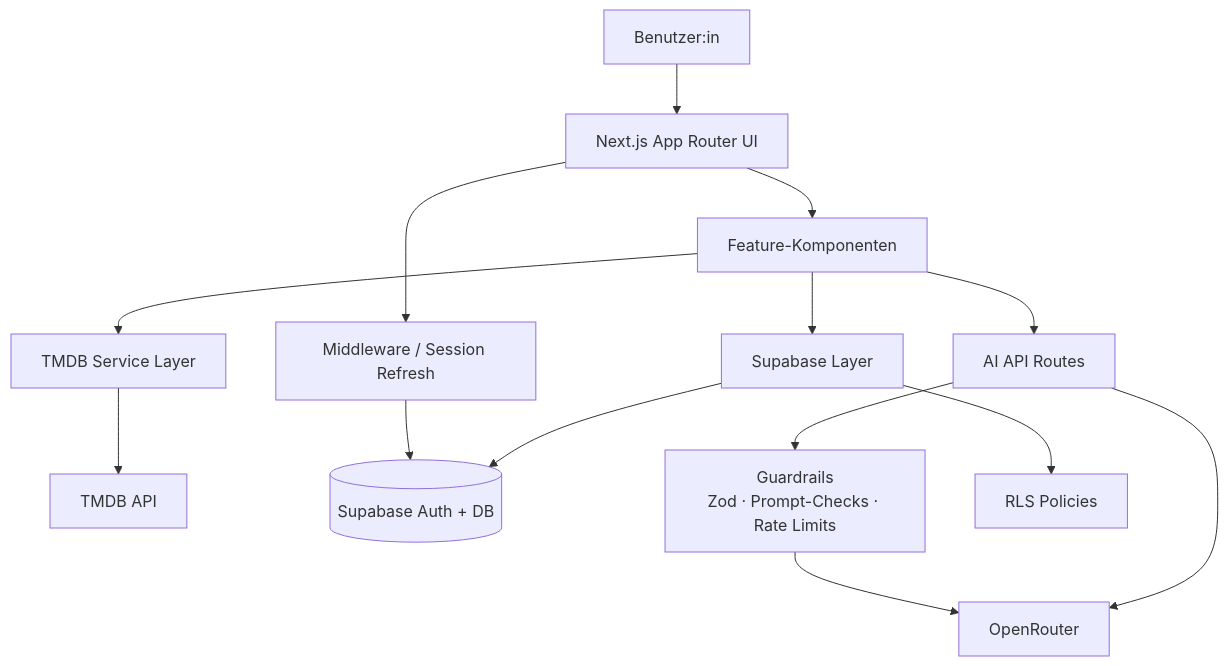
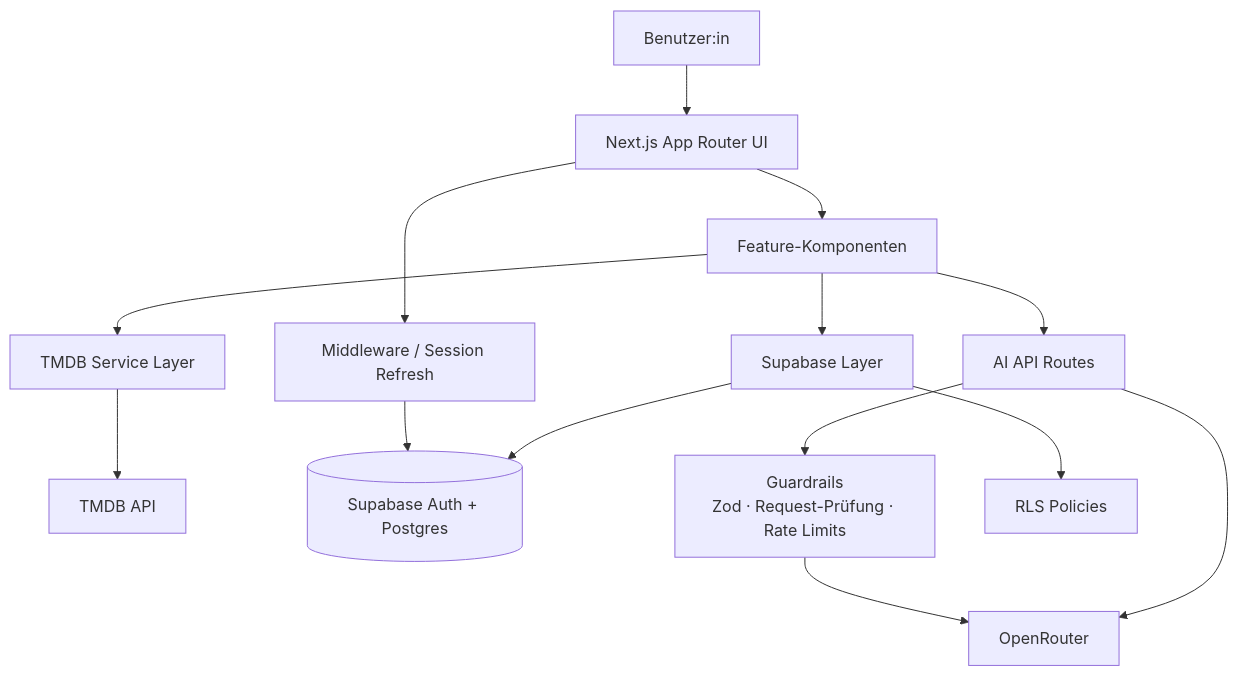
The diagram in README.md (realr4an/CineScope), drawn with Mermaid before and after one commit. The commit also changed other lines of this file, not shown here.

````diff
--- a/README.md
+++ b/README.md
@@ -68,19 +81,19 @@
 ```mermaid
 flowchart TD
     U[Benutzer:in] --> N[Next.js App Router UI]
-    N --> P[Feature-Komponenten]
-    P --> T[TMDB Service Layer]
-    P --> S[Supabase Layer]
-    P --> A[AI API Routes]
+    N --> F[Feature-Komponenten]
+    F --> T[TMDB Service Layer]
+    F --> S[Supabase Layer]
+    F --> A[AI API Routes]
 
     T --> TMDB[TMDB API]
-    S --> SB[(Supabase Auth + DB)]
+    S --> SB[(Supabase Auth + Postgres)]
     A --> OR[OpenRouter]
 
-    A --> G[Guardrails<br/>Zod · Prompt-Checks · Rate Limits]
+    A --> G[Guardrails<br/>Zod · Request-Prüfung · Rate Limits]
     S --> RLS[RLS Policies]
     N --> M[Middleware / Session Refresh]
 
     G --> OR
     M --> SB
 ```
````
